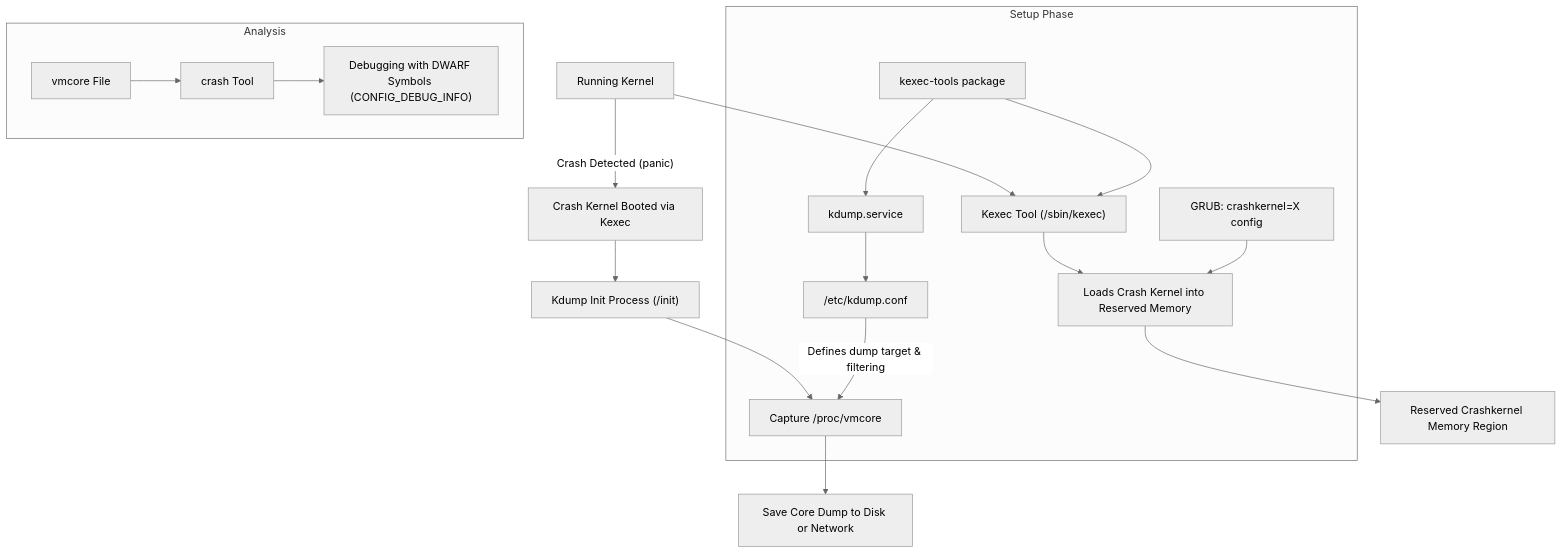
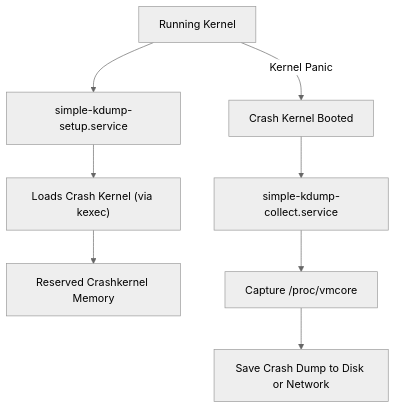
One commit to johnosbb/kexec-kdump-crash-analysis changed the diagram in README.md. Above: the diagram before and after it, drawn with Mermaid (neutral theme).

````diff
--- a/README.md
+++ b/README.md
@@ -4,32 +4,14 @@
 ```mermaid
 flowchart TD
     A[Running Kernel]
-    A --> B["Kexec Tool (/sbin/kexec)"]
-    B --> C[Loads Crash Kernel into Reserved Memory]
-    C --> D[Reserved Crashkernel Memory Region]
+    A --> B["simple-kdump-setup.service"]
+    B --> C["Loads Crash Kernel (via kexec)"]
+    C --> D[Reserved Crashkernel Memory]
 
-    A -->|"Crash Detected (panic)"| E[Crash Kernel Booted via Kexec]
+    A -->|"Kernel Panic"| E["Crash Kernel Booted"]
 
-    E --> F["Kdump Init Process (/init)"]
-    F --> G[Capture /proc/vmcore]
-    G --> H[Save Core Dump to Disk or Network]
+    E --> F["simple-kdump-collect.service"]
+    F --> G["Capture /proc/vmcore"]
+    G --> H["Save Crash Dump to Disk or Network"]
 
-    subgraph Setup Phase
-        I[kexec-tools package]
-        J[kdump.service]
-        K["/etc/kdump.conf"]
-        L[GRUB: crashkernel=X config]
-
-        I --> B
-        I --> J
-        J --> K
-        K -->|Defines dump target & filtering| G
-        L --> C
-    end
-
-    subgraph Analysis
-        M[vmcore File]
-        M --> N[crash Tool]
-        N --> O["Debugging with DWARF Symbols (CONFIG_DEBUG_INFO)"]
-    end
 ```
````
